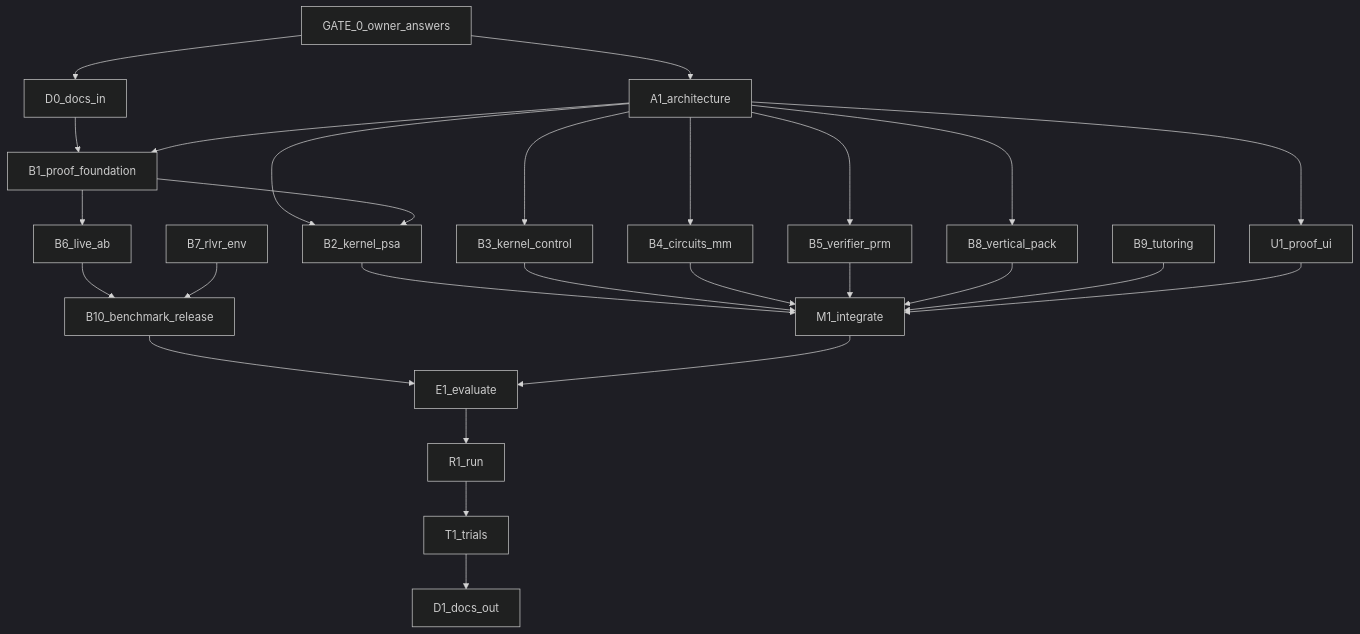
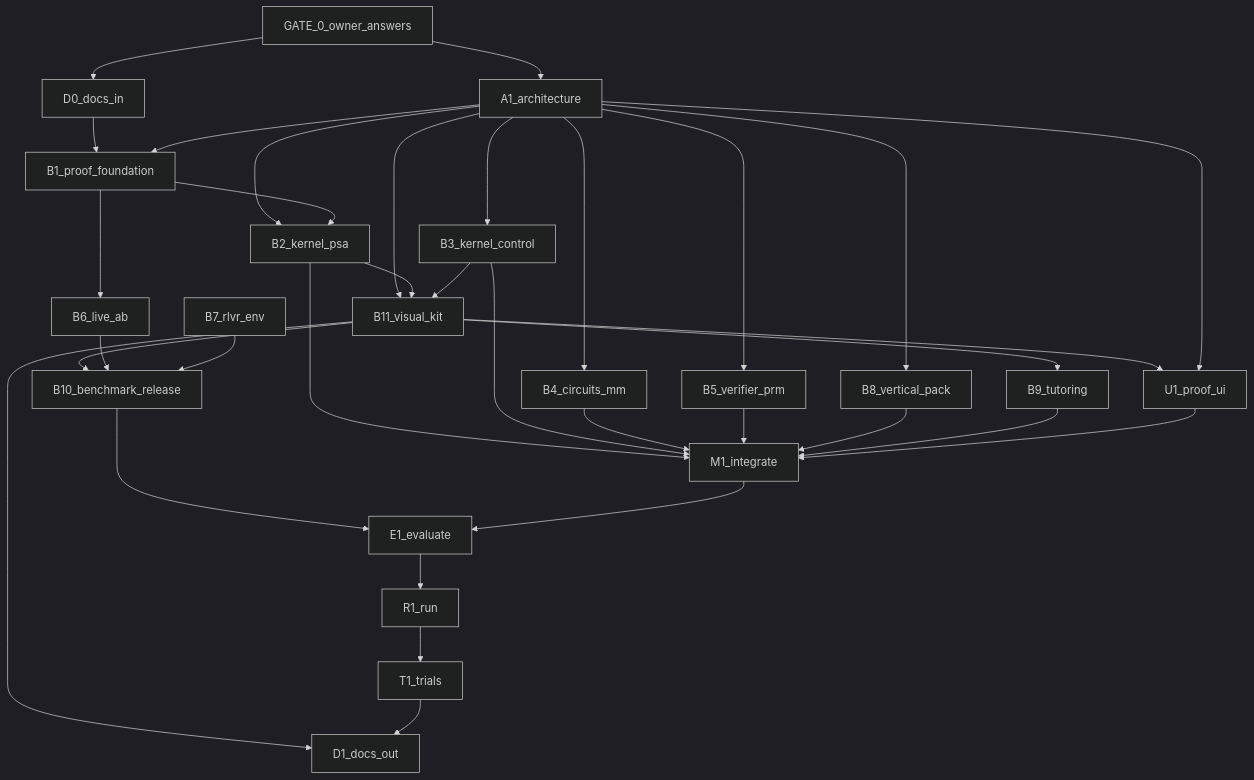
The diagram in docs/planning/frontier-2026-11/EXECUTION_GRAPH.md (Vinayak-RZ/ARC), drawn with Mermaid (dark theme) before and after one commit. The commit also changed other lines of this file and 9 other files, not shown here.

First line of the commit message:
docs(frontier): Gate 0 locked + Arc Visual Kit (B11)

````diff
--- a/docs/planning/frontier-2026-11/EXECUTION_GRAPH.md
+++ b/docs/planning/frontier-2026-11/EXECUTION_GRAPH.md
@@ -64,49 +65,57 @@
 ```mermaid
 flowchart TB
   G0[GATE_0_owner_answers]
   D0[D0_docs_in]
   A1[A1_architecture]
   B1[B1_proof_foundation]
   B2[B2_kernel_psa]
   B3[B3_kernel_control]
   B4[B4_circuits_mm]
   B5[B5_verifier_prm]
   B6[B6_live_ab]
   B7[B7_rlvr_env]
   B8[B8_vertical_pack]
   B9[B9_tutoring]
   B10[B10_benchmark_release]
+  B11[B11_visual_kit]
   U1[U1_proof_ui]
   M1[M1_integrate]
   E1[E1_evaluate]
   R1[R1_run]
   T1[T1_trials]
   D1[D1_docs_out]
 
   G0 --> D0
   G0 --> A1
   D0 --> B1
   A1 --> B1
   A1 --> B2
   A1 --> B3
   A1 --> B4
   A1 --> B5
   A1 --> B8
+  A1 --> B11
+  B2 --> B11
+  B3 --> B11
+  B11 --> U1
+  B11 --> B9
+  B11 --> B10
+  B11 --> D1
   B1 --> B2
   B1 --> B6
   B2 --> M1
   B3 --> M1
   B4 --> M1
   B5 --> M1
   B6 --> B10
   B7 --> B10
   B8 --> M1
   B9 --> M1
   A1 --> U1
   U1 --> M1
   B10 --> E1
   M1 --> E1
   E1 --> R1
   R1 --> T1
   T1 --> D1
 ```
````
